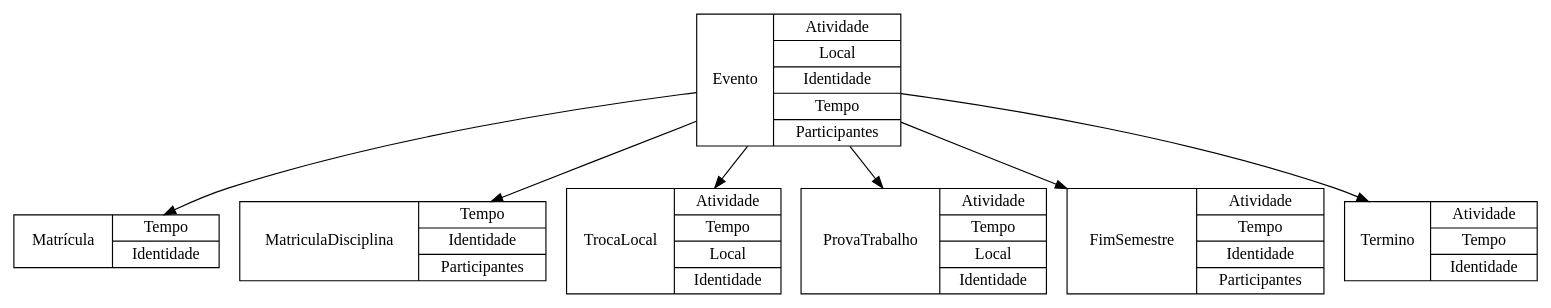
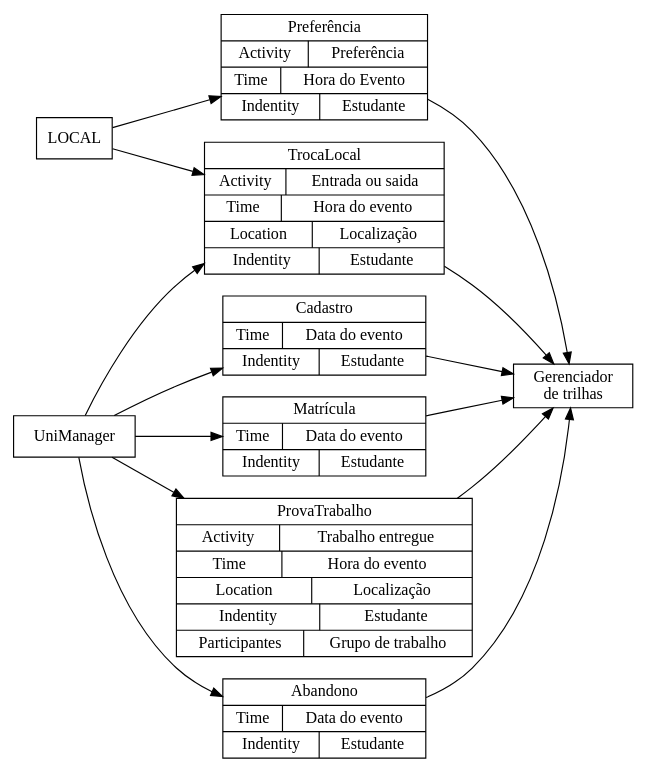
Before and after one commit to andrenho/andrenho: the diagram in academia/dissertacao/graficos/ont_estudante.dot, drawn with Graphviz. The commit also changed 9 other files, not shown here.

```diff
--- a/academia/dissertacao/graficos/ont_estudante.dot
+++ b/academia/dissertacao/graficos/ont_estudante.dot
@@ -1,19 +1,23 @@
 digraph G {
 
+  rankdir = LR;
 	node [shape=record];
-	evento [label="Evento|{Atividade|Local|Identidade|Tempo|Participantes}"];
-  matricula [label="Matrícula|{Tempo|Identidade}"];
-  disciplina [label="MatriculaDisciplina|{Tempo|Identidade|Participantes}"];
-  entrada [label="TrocaLocal|{Atividade|Tempo|Local|Identidade}"];
-  prova [label="ProvaTrabalho|{Atividade|Tempo|Local|Identidade}"];
-  fimsemestre [label="FimSemestre|{Atividade|Tempo|Identidade|Participantes}"];
-  abandono [label="Termino|{Atividade|Tempo|Identidade}"];
+  LOCAL;
+  UniManager;
+  trail [label="Gerenciador\nde trilhas"];
+  cadastro [label="Cadastro|{Time|Data do evento}|{Indentity|Estudante}"];
+  matricula [label="Matrícula|{Time|Data do evento}|{Indentity|Estudante}"];
+  trocalocal [label="TrocaLocal|{Activity|Entrada ou saida}|{Time|Hora do evento}|{Location|Localização}|{Indentity|Estudante}"];
+  prova [label="ProvaTrabalho|{Activity|Trabalho entregue}|{Time|Hora do evento}|{Location|Localização}|{Indentity|Estudante}|{Participantes|Grupo de trabalho}"];
+  preferencia [label="Preferência|{Activity|Preferência}|{Time|Hora do Evento}|{Indentity|Estudante}"];
+  abandono [label="Abandono|{Time|Data do evento}|{Indentity|Estudante}"];
 
-	evento -> matricula;
-  evento -> disciplina;
-  evento -> entrada;
-	evento -> prova;
-  evento -> fimsemestre;
-  evento -> abandono;
+  UniManager -> cadastro -> trail;
+  UniManager -> matricula -> trail;
+  UniManager -> trocalocal -> trail;
+  UniManager -> prova -> trail;
+  UniManager -> abandono -> trail;
+  LOCAL -> trocalocal;
+  LOCAL -> preferencia -> trail;
 
 }
```
